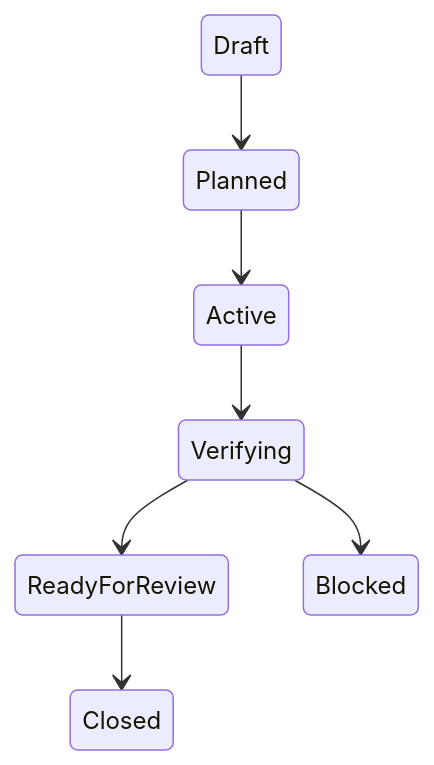
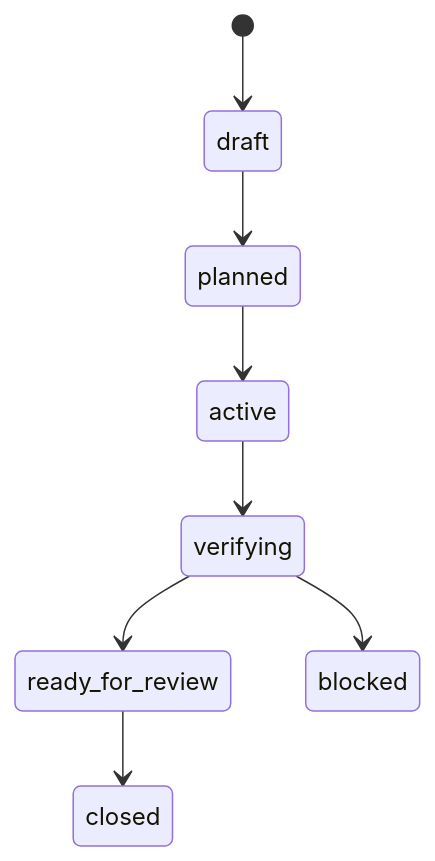
The diagram in docs/diagram-rail.md (Soturine/soturail), drawn with Mermaid before and after one commit. The commit also changed other lines of this file and 7 other files, not shown here.

Commit message:
docs(workflow): document v0.7 workflow harness diagram rails

````diff
--- a/docs/diagram-rail.md
+++ b/docs/diagram-rail.md
@@ -142,9 +103,10 @@
 ```mermaid
 stateDiagram-v2
-    Draft --> Planned
-    Planned --> Active
-    Active --> Verifying
-    Verifying --> ReadyForReview
-    ReadyForReview --> Closed
-    Verifying --> Blocked
+    [*] --> draft
+    draft --> planned
+    planned --> active
+    active --> verifying
+    verifying --> ready_for_review
+    ready_for_review --> closed
+    verifying --> blocked
 ```
````
